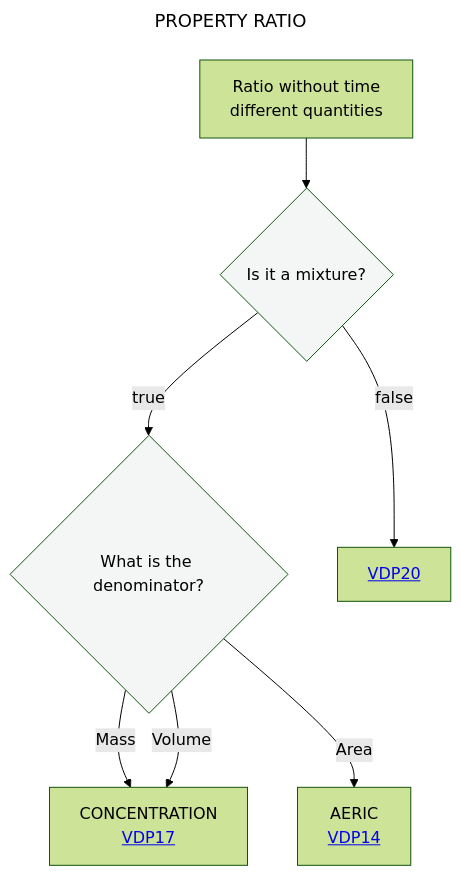
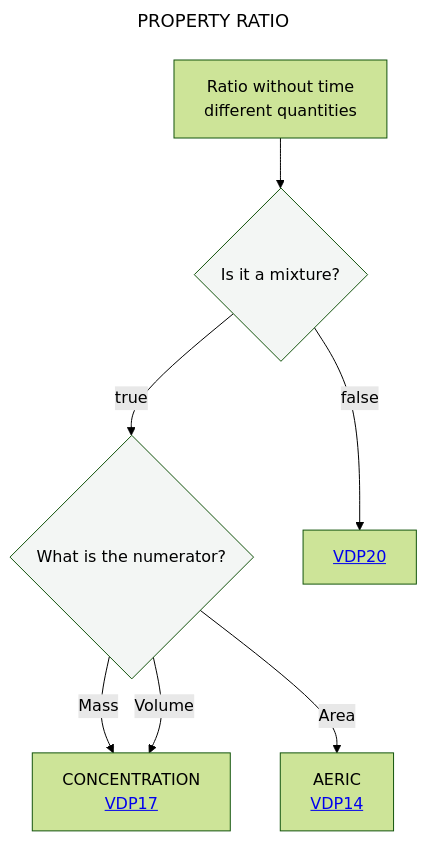
One commit to mabablue/I-ADOPT-patterns-playground changed the diagram in Decisition_trees/DT4.mmd. Above: the diagram before and after it, drawn with Mermaid (forest theme).

```diff
--- a/Decisition_trees/DT4.mmd
+++ b/Decisition_trees/DT4.mmd
@@ -1,14 +1,14 @@
 ---
 title: PROPERTY RATIO
 ---
 flowchart TD
     A[Ratio without time <br> different quantities] --> B{Is it a mixture?}:::white
-    B --> |true|D{What is the denominator?}:::white
+    B --> |true|D{What is the numerator?}:::white
     B --> |false|M[<a href='https://github.com/mabablue/I-ADOPT-patterns-playground/blob/main/pattern/VDP20.yaml'>VDP20</a>]
     D -- Mass --> T[CONCENTRATION <br> <a href='https://github.com/mabablue/I-ADOPT-patterns-playground/blob/main/pattern/VDP17.yaml'>VDP17</a>]
     D -- Volume --> T
     D -- Area --> C[AERIC <br> <a href='https://github.com/mabablue/I-ADOPT-patterns-playground/blob/main/pattern/VDP14.yaml'>VDP14</a>]
    classDef blue fill:#90D5FF
    classDef satblue fill:#57B9FF 
    classDef white fill:#f3f6f4
    classDef green fill:#6aa84f
```
